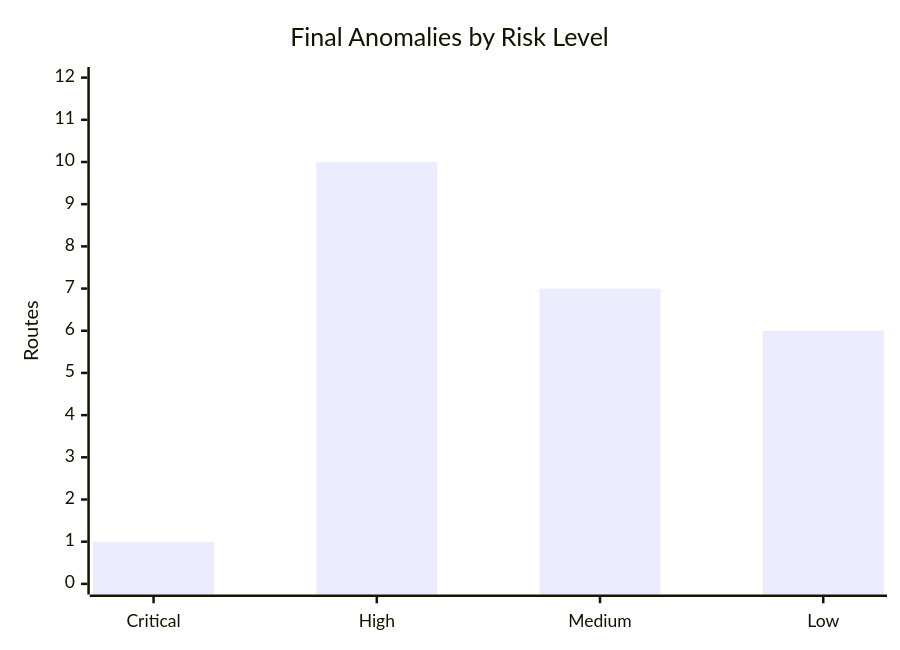
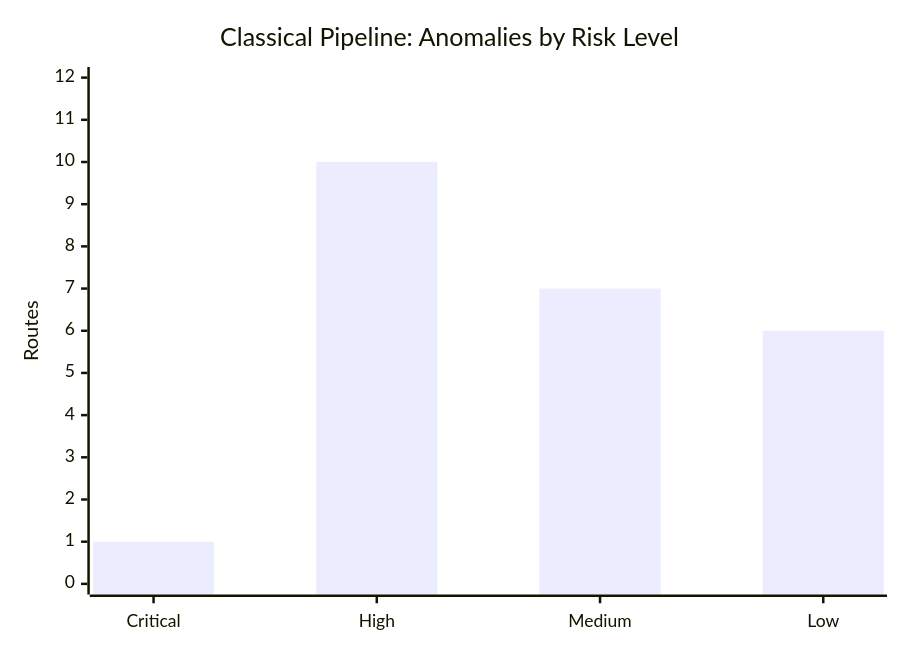
Before and after one commit to stefanotractor/FBI-Agents-817541: the tenth of 11 diagrams in README.md, drawn with Mermaid. The commit also changed other lines of this file and 12 other files, not shown here.

````diff
--- a/README.md
+++ b/README.md
@@ -1237,7 +1246,7 @@
 ```mermaid
 xychart-beta
-    title "Final Anomalies by Risk Level"
+    title "Classical Pipeline: Anomalies by Risk Level"
     x-axis ["Critical", "High", "Medium", "Low"]
     y-axis "Routes" 0 --> 12
     bar [1, 10, 7, 6]
 ```
````
